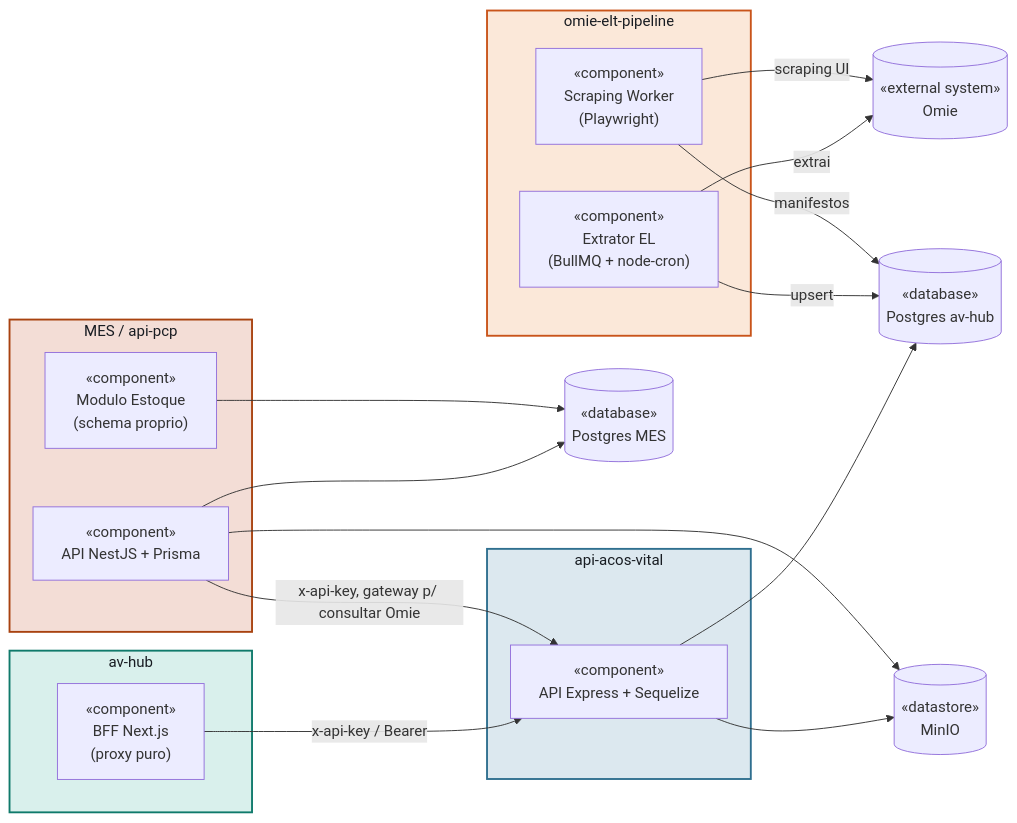
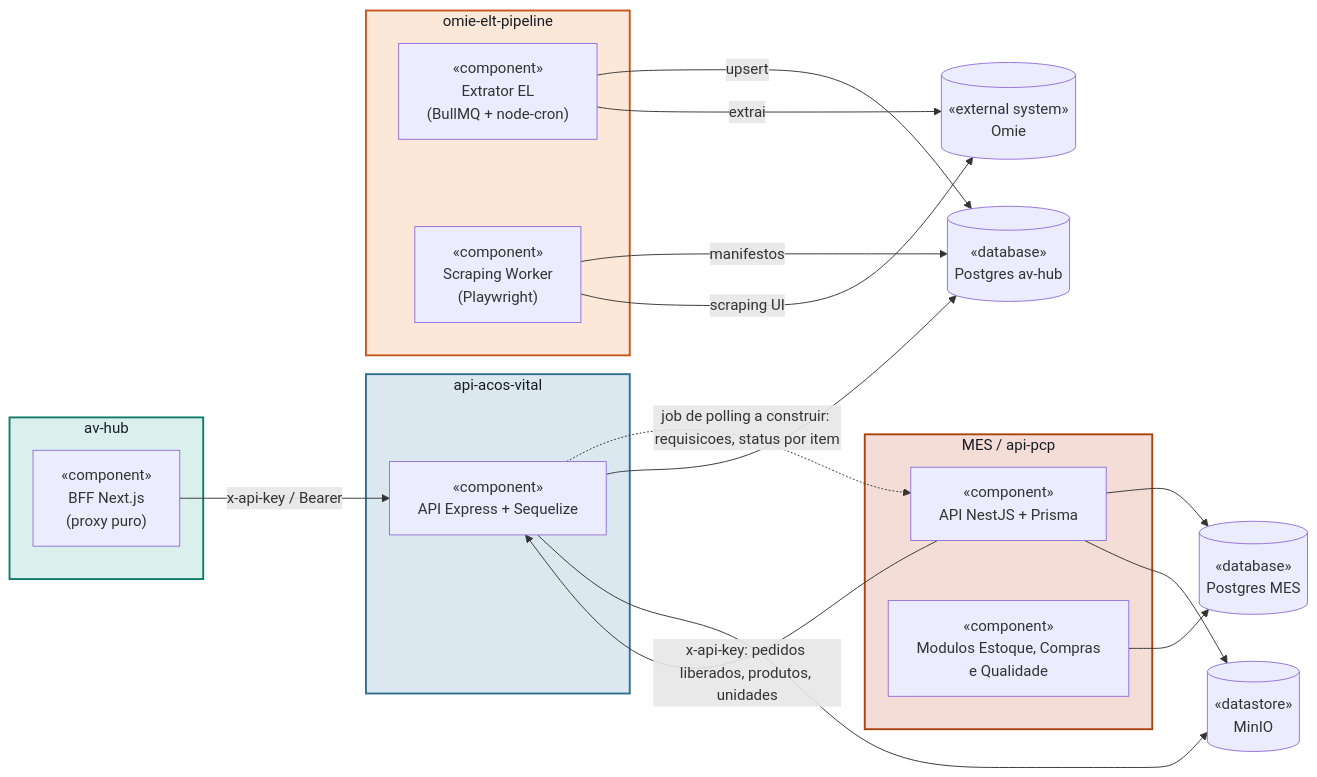
Diagram 15 of 28 in 04-Arquitetura-Transversal/Diagramas-UML.md (Acosvital/vault-avhub-mer), drawn with Mermaid before and after one commit. The commit also changed other lines of this file and 3 other files, not shown here.

Commit message:
docs(vault): atualiza UML, fluxograma de telas, encaixe estoque/revenda e anexo 0003 do contrato 33

````diff
--- a/04-Arquitetura-Transversal/Diagramas-UML.md
+++ b/04-Arquitetura-Transversal/Diagramas-UML.md
@@ -921,38 +931,39 @@
 ```mermaid
 flowchart LR
     subgraph SYS_AVHUB[av-hub]
         BFF["«component»<br/>BFF Next.js<br/>(proxy puro)"]
     end
     subgraph SYS_API[api-acos-vital]
         API["«component»<br/>API Express + Sequelize"]
     end
     subgraph SYS_MES[MES / api-pcp]
         MESAPI["«component»<br/>API NestJS + Prisma"]
-        ESTOQUEMOD["«component»<br/>Modulo Estoque<br/>(schema proprio)"]
+        ESTOQUEMOD["«component»<br/>Modulos Estoque, Compras<br/>e Qualidade"]
     end
     subgraph SYS_ELT[omie-elt-pipeline]
         ELT["«component»<br/>Extrator EL<br/>(BullMQ + node-cron)"]
         SCRAPER["«component»<br/>Scraping Worker<br/>(Playwright)"]
     end
     OMIE[("«external system»<br/>Omie")]
     PGAVHUB[("«database»<br/>Postgres av-hub")]
     PGMES[("«database»<br/>Postgres MES")]
     MINIO[("«datastore»<br/>MinIO")]
 
     BFF -->|x-api-key / Bearer| API
-    MESAPI -->|x-api-key, gateway p/ consultar Omie| API
+    MESAPI -->|"x-api-key: pedidos liberados, produtos, unidades"| API
+    API -.->|"job de polling a construir: requisicoes, status por item"| MESAPI
     API --> PGAVHUB
     MESAPI --> PGMES
     ESTOQUEMOD --> PGMES
     ELT -->|upsert| PGAVHUB
     SCRAPER -->|manifestos| PGAVHUB
     ELT -->|extrai| OMIE
     SCRAPER -->|scraping UI| OMIE
     API --> MINIO
     MESAPI --> MINIO
 
     style SYS_AVHUB fill:#d9f0ec,stroke:#0f7a6b,stroke-width:2px,color:#181c22
     style SYS_API fill:#dce8ef,stroke:#2f6f8f,stroke-width:2px,color:#181c22
     style SYS_MES fill:#f3ddd6,stroke:#a8420f,stroke-width:2px,color:#181c22
     style SYS_ELT fill:#fbe8d9,stroke:#c9541a,stroke-width:2px,color:#181c22
 ```
````
